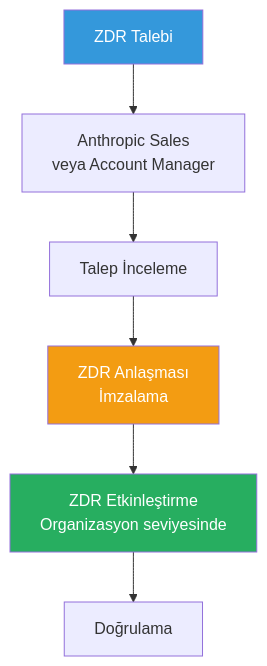
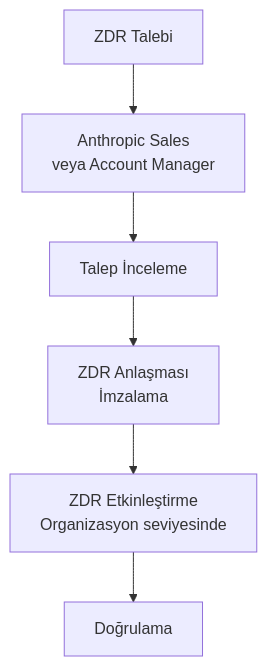
Before and after one commit to IzzetYasinAtes/ClaudeCodeHandbook: the third of 6 diagrams in 18-kurumsal-kullanim/08-veri-guvenligi-ve-zdr.md, drawn with Mermaid. The commit also changed other lines of this file and 97 other files, not shown here.

Commit message:
Remove all custom Mermaid style/fill colors from 98 markdown files for consistent dark theme rendering

````diff
--- a/18-kurumsal-kullanim/08-veri-guvenligi-ve-zdr.md
+++ b/18-kurumsal-kullanim/08-veri-guvenligi-ve-zdr.md
@@ -103,12 +93,9 @@
 ```mermaid
 flowchart TD
     REQUEST["ZDR Talebi"] --> CONTACT["Anthropic Sales<br/>veya Account Manager"]
     CONTACT --> REVIEW["Talep İnceleme"]
     REVIEW --> AGREEMENT["ZDR Anlaşması<br/>İmzalama"]
     AGREEMENT --> ENABLE["ZDR Etkinleştirme<br/>Organizasyon seviyesinde"]
     ENABLE --> VERIFY["Doğrulama"]
 
-    style REQUEST fill:#3498DB,color:#fff
-    style AGREEMENT fill:#F39C12,color:#fff
-    style ENABLE fill:#27AE60,color:#fff
 ```
````
